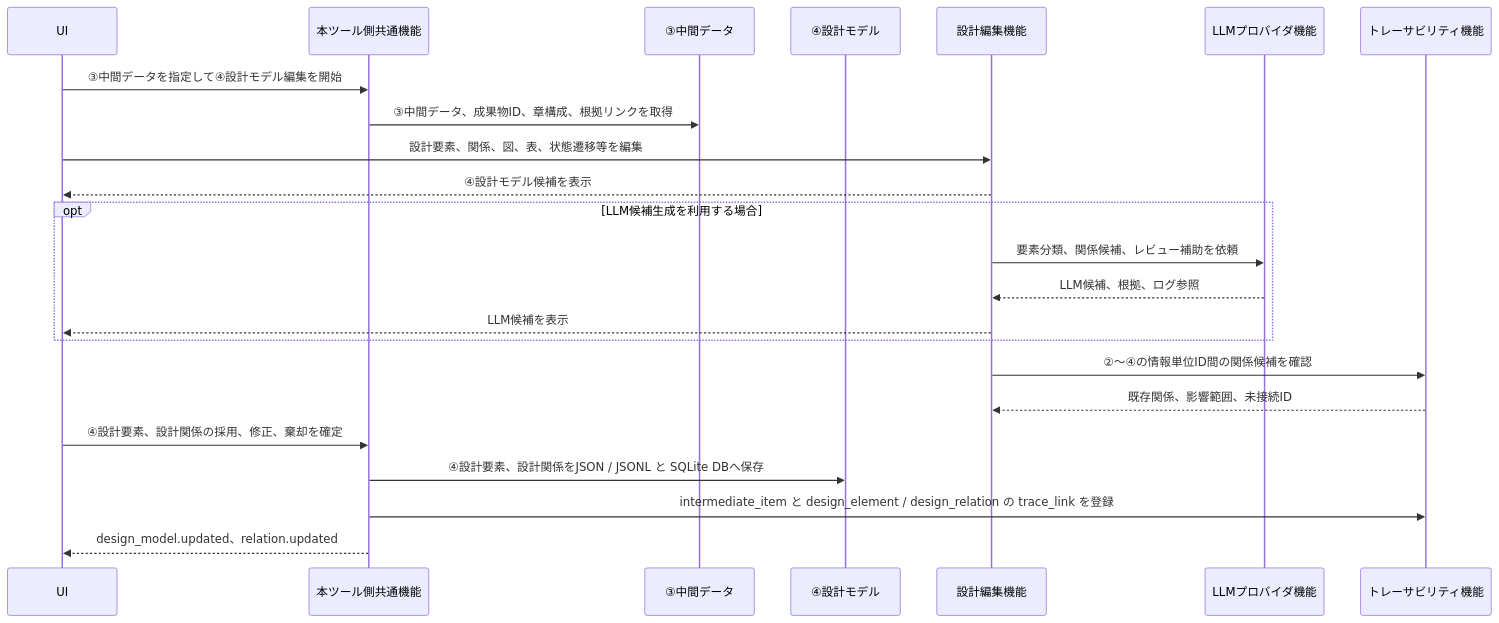
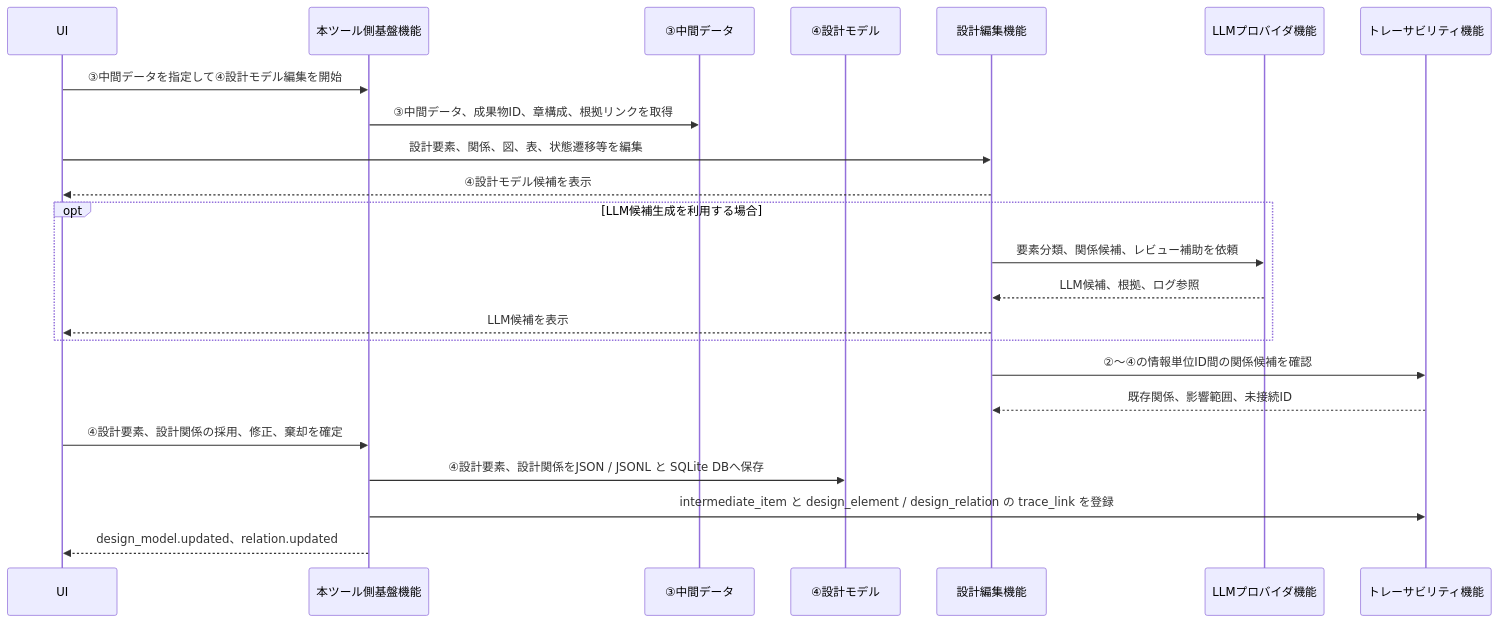
Before and after one commit to kfuruichi0920/d2d: the sixth of 9 diagrams in docs/sdd_function_architecture.md, drawn with Mermaid. The commit also changed other lines of this file and 1 other file, not shown here.

````diff
--- a/docs/sdd_function_architecture.md
+++ b/docs/sdd_function_architecture.md
@@ -292,26 +287,26 @@
 ```mermaid
 sequenceDiagram
     participant UI as UI
-    participant Host as 本ツール側共通機能
+    participant Host as 本ツール側基盤機能
     participant IntermediateData as ③中間データ
     participant DesignModel as ④設計モデル
     participant DesignEdit as 設計編集機能
     participant LLM as LLMプロバイダ機能
     participant Trace as トレーサビリティ機能
 
     UI->>Host: ③中間データを指定して④設計モデル編集を開始
     Host->>IntermediateData: ③中間データ、成果物ID、章構成、根拠リンクを取得
     UI->>DesignEdit: 設計要素、関係、図、表、状態遷移等を編集
     DesignEdit-->>UI: ④設計モデル候補を表示
     opt LLM候補生成を利用する場合
         DesignEdit->>LLM: 要素分類、関係候補、レビュー補助を依頼
         LLM-->>DesignEdit: LLM候補、根拠、ログ参照
         DesignEdit-->>UI: LLM候補を表示
     end
     DesignEdit->>Trace: ②〜④の情報単位ID間の関係候補を確認
     Trace-->>DesignEdit: 既存関係、影響範囲、未接続ID
     UI->>Host: ④設計要素、設計関係の採用、修正、棄却を確定
     Host->>DesignModel: ④設計要素、設計関係をJSON / JSONL と SQLite DBへ保存
     Host->>Trace: intermediate_item と design_element / design_relation の trace_link を登録
     Host-->>UI: design_model.updated、relation.updated
 ```
````
